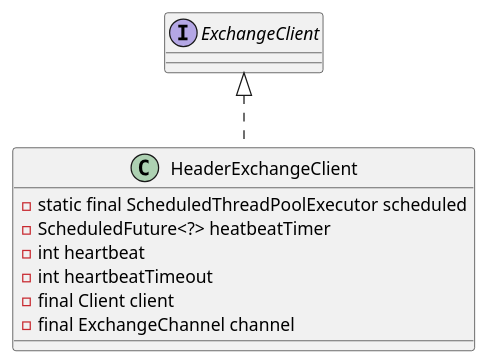
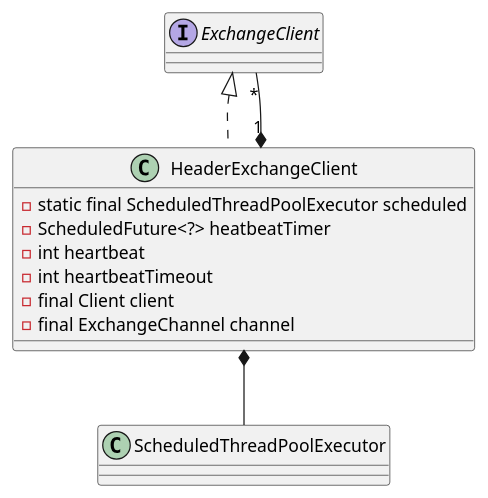
Before and after one commit to onlyonion/development: the diagram in 30-distributed/src/dubbo/remoting/exchange/support/header/HeaderExchangeClient.md, drawn with PlantUML. The commit also changed other lines of this file and 16 other files, not shown here.

````diff
--- a/30-distributed/src/dubbo/remoting/exchange/support/header/HeaderExchangeClient.md
+++ b/30-distributed/src/dubbo/remoting/exchange/support/header/HeaderExchangeClient.md
@@ -5,18 +8,21 @@
 ```plantuml
 @startuml
 
 interface ExchangeClient
 
 class HeaderExchangeClient {
     - static final ScheduledThreadPoolExecutor scheduled
     - ScheduledFuture<?> heatbeatTimer
     - int heartbeat
     - int heartbeatTimeout
     - final Client client
     - final ExchangeChannel channel
 }
 
 ExchangeClient ^.. HeaderExchangeClient
 
+HeaderExchangeClient *-- ScheduledThreadPoolExecutor
+HeaderExchangeClient "1" *-- "*" ExchangeClient
+
 @enduml
 ```
````
